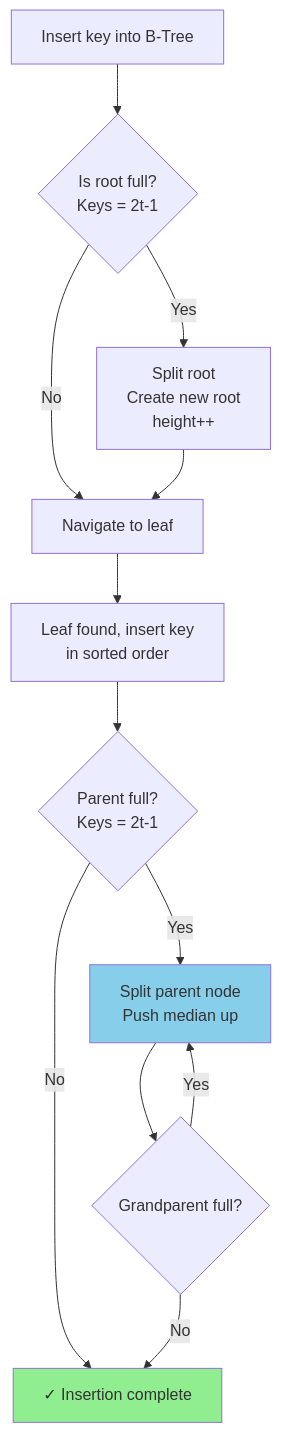
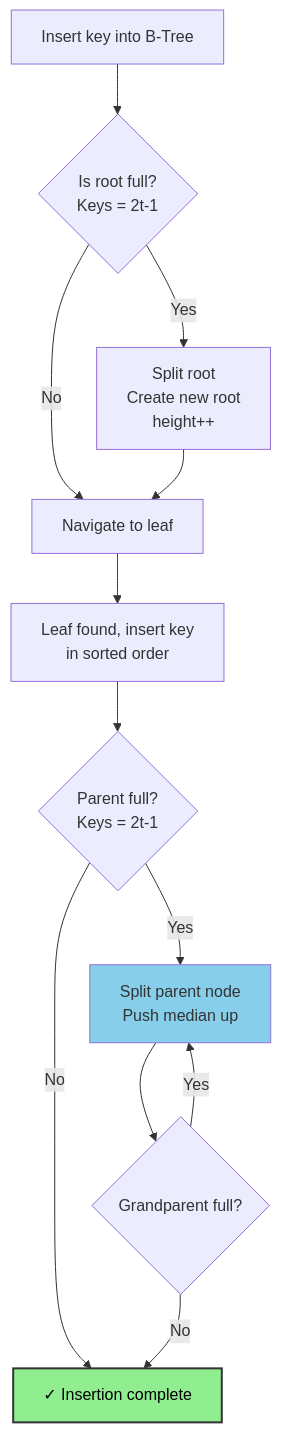
Before and after one commit to souradeepta/interviewprep: the second of 3 diagrams in docs/advanced/btree.md, drawn with Mermaid. The commit also changed other lines of this file and 31 other files, not shown here.

Commit message:
updated graphs

````diff
--- a/docs/advanced/btree.md
+++ b/docs/advanced/btree.md
@@ -42,17 +42,17 @@
 ```mermaid
 graph TD
     A["Insert key into B-Tree"] --> B{"Is root full?<br/>Keys = 2t-1"}
     B -->|Yes| C["Split root<br/>Create new root<br/>height++"]
     B -->|No| D["Navigate to leaf"]
     C --> D
     D --> E["Leaf found, insert key<br/>in sorted order"]
     E --> F{"Parent full?<br/>Keys = 2t-1"}
     F -->|Yes| G["Split parent node<br/>Push median up"]
     F -->|No| H["✓ Insertion complete"]
     G --> I{"Grandparent full?"}
     I -->|Yes| G
     I -->|No| H
     
-    style H fill:#90EE90
+    style H fill:#90ee90,color:#000,stroke:#333,stroke-width:2px
     style G fill:#87CEEB
 ```
````
